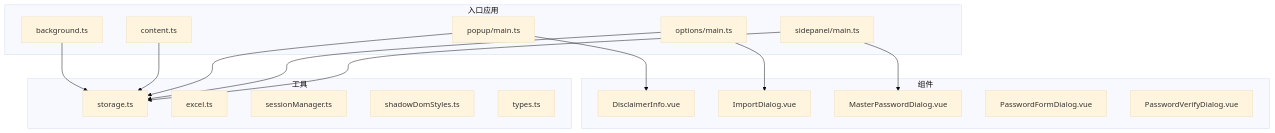
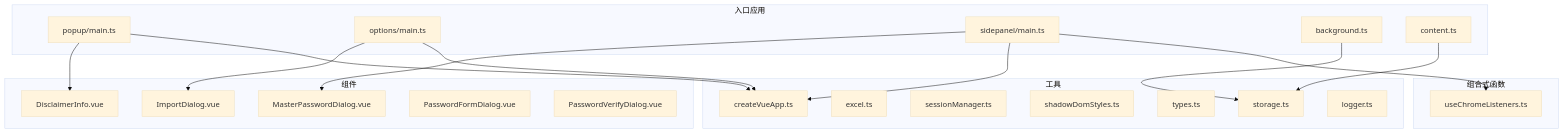
One commit to liaolongdong/account-password-helper changed the first of 7 diagrams in .qoder/repowiki/zh/content/开发指南/开发指南.md. Above: the diagram before and after it, drawn with Mermaid (base theme). The commit also changed other lines of this file and 23 other files, not shown here.

````diff
--- a/.qoder/repowiki/zh/content/开发指南/开发指南.md
+++ b/.qoder/repowiki/zh/content/开发指南/开发指南.md
@@ -53,32 +60,38 @@
 ```mermaid
 graph TB
 subgraph "入口应用"
 POP["popup/main.ts"]
 OPT["options/main.ts"]
 SP["sidepanel/main.ts"]
 BG["background.ts"]
 CT["content.ts"]
 end
 subgraph "组件"
 C1["DisclaimerInfo.vue"]
 C2["ImportDialog.vue"]
 C3["MasterPasswordDialog.vue"]
 C4["PasswordFormDialog.vue"]
 C5["PasswordVerifyDialog.vue"]
 end
 subgraph "工具"
 U1["storage.ts"]
 U2["excel.ts"]
 U3["sessionManager.ts"]
 U4["shadowDomStyles.ts"]
 U5["types.ts"]
+U6["createVueApp.ts"]
+U7["logger.ts"]
+end
+subgraph "组合式函数"
+COM1["useChromeListeners.ts"]
 end
 POP --> C1
 OPT --> C2
 SP --> C3
 BG --> U1
 CT --> U1
-POP --> U1
-OPT --> U1
-SP --> U1
+POP --> U6
+OPT --> U6
+SP --> U6
+SP --> COM1
 ```
````
